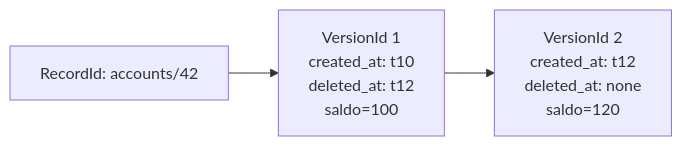
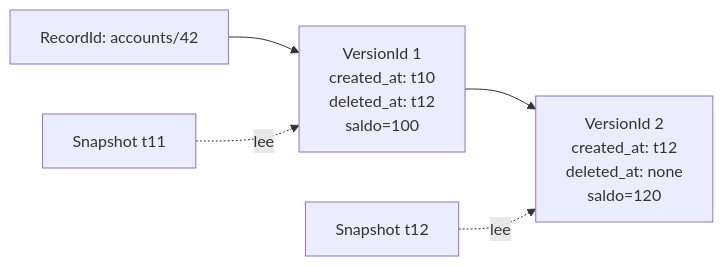
One commit to jeresoftx/rust-database-internals changed the diagram in docs/06-mvcc.md. Above: the diagram before and after it, drawn with Mermaid. The commit also changed other lines of this file and 8 other files, not shown here.

````diff
--- a/docs/06-mvcc.md
+++ b/docs/06-mvcc.md
@@ -85,9 +97,13 @@
 ```mermaid
 flowchart LR
     R["RecordId: accounts/42"]
     V1["VersionId 1<br/>created_at: t10<br/>deleted_at: t12<br/>saldo=100"]
     V2["VersionId 2<br/>created_at: t12<br/>deleted_at: none<br/>saldo=120"]
+    S1["Snapshot t11"]
+    S2["Snapshot t12"]
 
     R --> V1
     V1 --> V2
+    S1 -. lee .-> V1
+    S2 -. lee .-> V2
 ```
````
